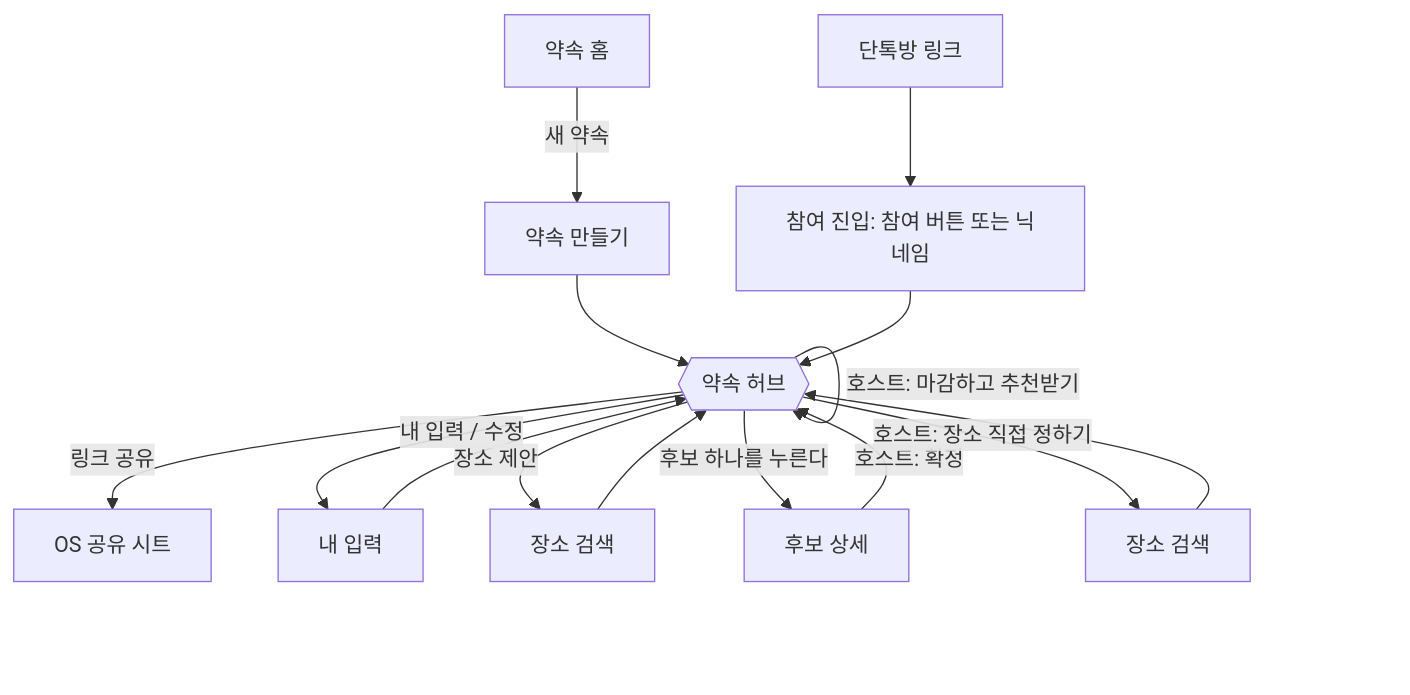
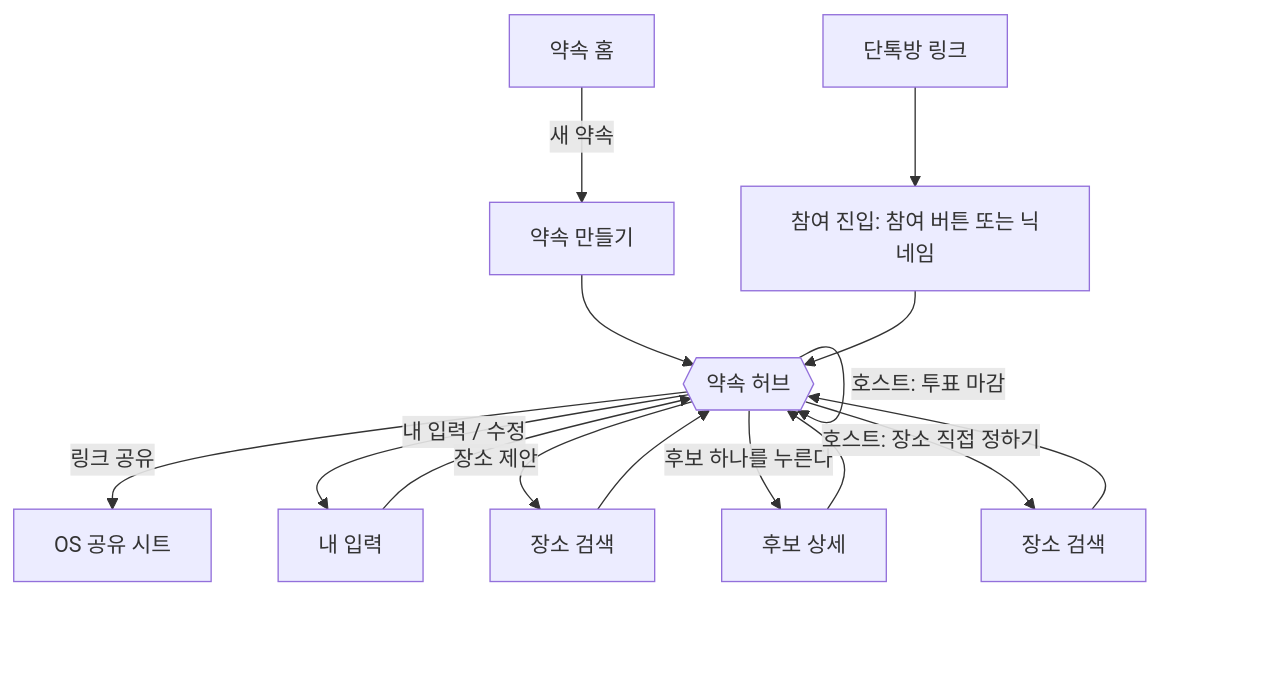
The second of 2 diagrams in docs/user-flow.md (Imgaic/moa-app), drawn with Mermaid before and after one commit. The commit also changed other lines of this file, not shown here.

````diff
--- a/docs/user-flow.md
+++ b/docs/user-flow.md
@@ -83,20 +85,22 @@
 ```mermaid
 flowchart TD
   home[약속 홈] -->|새 약속| create[약속 만들기]
   create --> hub
 
   link[단톡방 링크] --> join[참여 진입: 참여 버튼 또는 닉네임]
   join --> hub
 
   hub{{약속 허브}}
   hub -->|링크 공유| share[OS 공유 시트]
   hub -->|내 입력 / 수정| input[내 입력]
   input --> hub
   hub -->|장소 제안| propose[장소 검색]
   propose --> hub
   hub -->|호스트: 마감하고 추천받기| hub
   hub -->|후보 하나를 누른다| cand[후보 상세]
-  cand -->|호스트: 확정| hub
+  cand --> hub
+  hub -->|투표| hub
+  hub -->|호스트: 투표 마감| hub
   hub -->|호스트: 장소 직접 정하기| pick[장소 검색]
   pick --> hub
 ```
````
